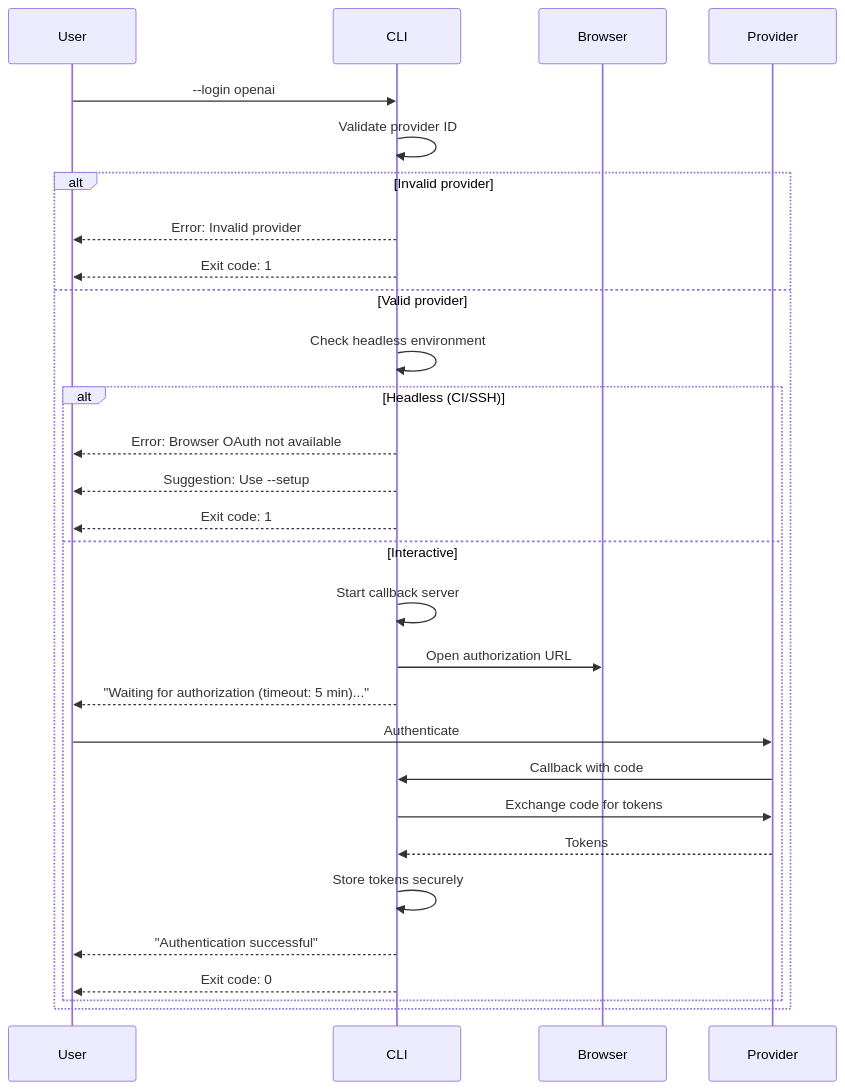
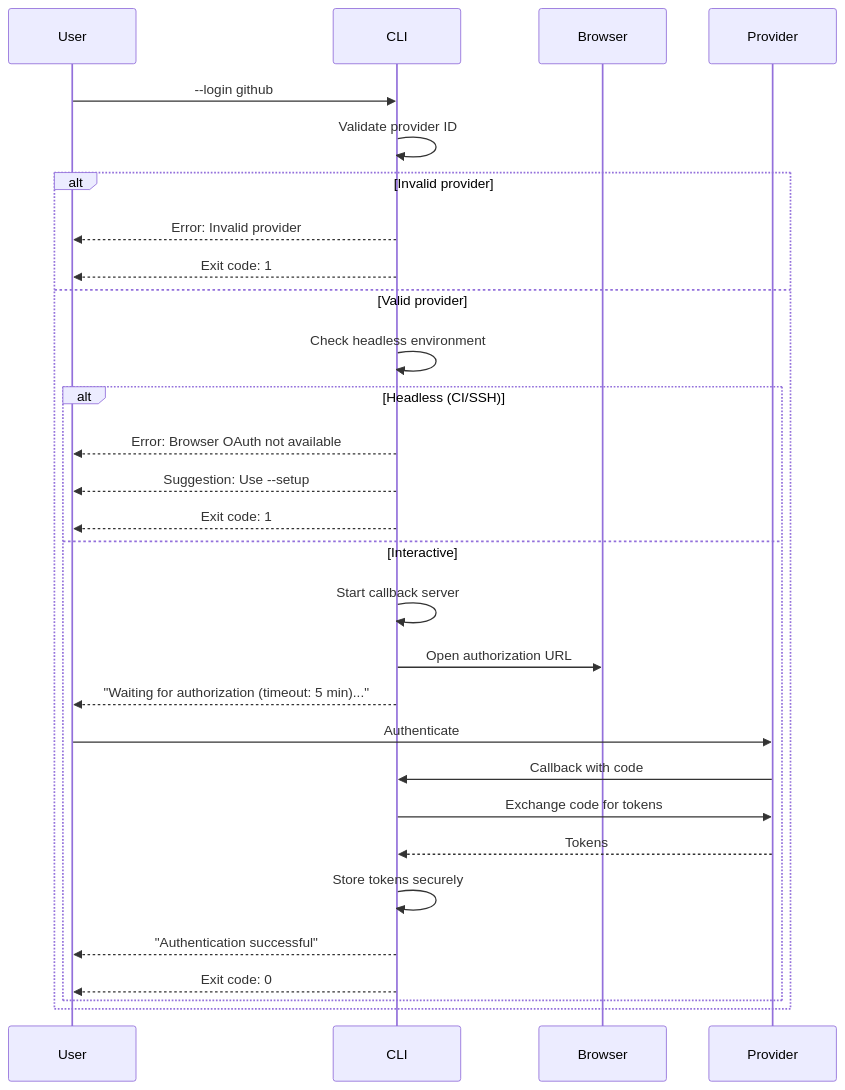
Before and after one commit to stdiobus/workers-registry: the diagram in docs/oauth/cli-reference.md, drawn with Mermaid. The commit also changed other lines of this file and 4 other files, not shown here.

````diff
--- a/docs/oauth/cli-reference.md
+++ b/docs/oauth/cli-reference.md
@@ -18,35 +18,35 @@
 ```mermaid
 sequenceDiagram
     participant User
     participant CLI
     participant Browser
     participant Provider
 
-    User->>CLI: --login openai
+    User->>CLI: --login github
     CLI->>CLI: Validate provider ID
     
     alt Invalid provider
         CLI-->>User: Error: Invalid provider
         CLI-->>User: Exit code: 1
     else Valid provider
         CLI->>CLI: Check headless environment
         
         alt Headless (CI/SSH)
             CLI-->>User: Error: Browser OAuth not available
             CLI-->>User: Suggestion: Use --setup
             CLI-->>User: Exit code: 1
         else Interactive
             CLI->>CLI: Start callback server
             CLI->>Browser: Open authorization URL
             CLI-->>User: "Waiting for authorization (timeout: 5 min)..."
             
             User->>Provider: Authenticate
             Provider->>CLI: Callback with code
             CLI->>Provider: Exchange code for tokens
             Provider-->>CLI: Tokens
             CLI->>CLI: Store tokens securely
             CLI-->>User: "Authentication successful"
             CLI-->>User: Exit code: 0
         end
     end
 ```
````
